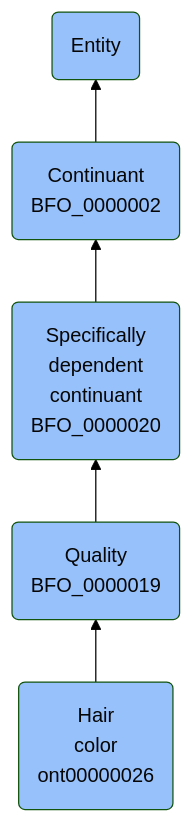
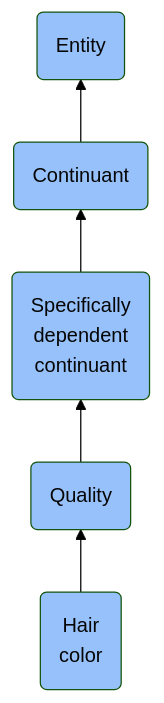
One commit to jupyter-naas/abi changed the diagram in docs/ontology/reference/model/Entity/Continuant/Specifically dependent continuant/Quality/Hair color/Hair color.md. Above: the diagram before and after it, drawn with Mermaid (forest theme). The commit also changed other lines of this file and 1430 other files, not shown here.

````diff
--- a/docs/ontology/reference/model/Entity/Continuant/Specifically dependent continuant/Quality/Hair color/Hair color.md
+++ b/docs/ontology/reference/model/Entity/Continuant/Specifically dependent continuant/Quality/Hair color/Hair color.md
@@ -24,12 +24,12 @@
 ```mermaid
 graph BT
-    ont00000026(Hair<br>color<br>ont00000026):::BFO-->BFO_0000019
-    BFO_0000019(Quality<br>BFO_0000019):::BFO-->BFO_0000020
-    BFO_0000020(Specifically<br>dependent<br>continuant<br>BFO_0000020):::BFO-->BFO_0000002
-    BFO_0000002(Continuant<br>BFO_0000002):::BFO-->BFO_0000001
+    ont00000026(Hair<br>color):::BFO-->BFO_0000019
+    BFO_0000019(Quality):::BFO-->BFO_0000020
+    BFO_0000020(Specifically<br>dependent<br>continuant):::BFO-->BFO_0000002
+    BFO_0000002(Continuant):::BFO-->BFO_0000001
     BFO_0000001(Entity):::BFO
     
     classDef BFO fill:#97c1fb,color:#060606
     classDef CCO fill:#e4c51e,color:#060606
     classDef ABI fill:#48DD82,color:#060606
 ```
````
